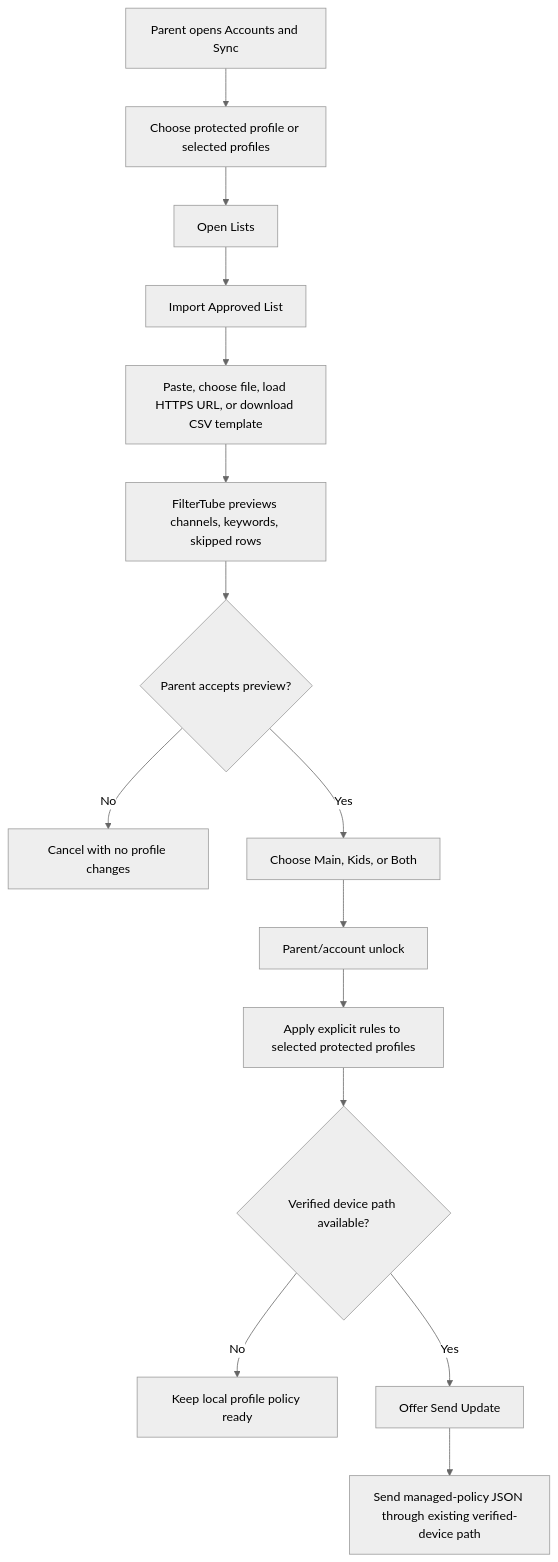
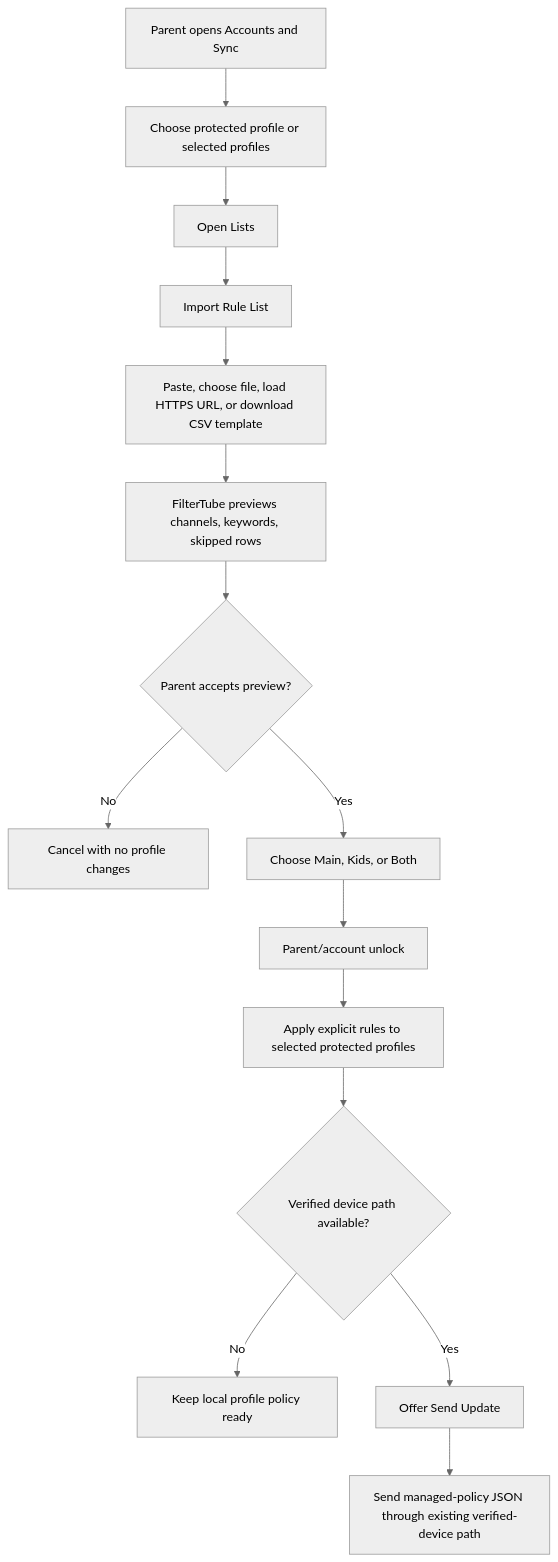
Before and after one commit to varshneydevansh/FilterTube: the first of 3 diagrams in docs/audit/FILTERTUBE_MANAGED_IMPORT_LIST_FORMAT_2026-06-18.md, drawn with Mermaid (neutral theme). The commit also changed other lines of this file and 4 other files, not shown here.

Commit message:
Clarify rule list import UX

````diff
--- a/docs/audit/FILTERTUBE_MANAGED_IMPORT_LIST_FORMAT_2026-06-18.md
+++ b/docs/audit/FILTERTUBE_MANAGED_IMPORT_LIST_FORMAT_2026-06-18.md
@@ -186,17 +188,17 @@
 ```mermaid
 flowchart TD
     A["Parent opens Accounts and Sync"] --> B["Choose protected profile or selected profiles"]
     B --> C["Open Lists"]
-    C --> D["Import Approved List"]
+    C --> D["Import Rule List"]
     D --> E["Paste, choose file, load HTTPS URL, or download CSV template"]
     E --> F["FilterTube previews channels, keywords, skipped rows"]
     F --> G{"Parent accepts preview?"}
     G -- "No" --> H["Cancel with no profile changes"]
     G -- "Yes" --> I["Choose Main, Kids, or Both"]
     I --> J["Parent/account unlock"]
     J --> K["Apply explicit rules to selected protected profiles"]
     K --> L{"Verified device path available?"}
     L -- "No" --> M["Keep local profile policy ready"]
     L -- "Yes" --> N["Offer Send Update"]
     N --> O["Send managed-policy JSON through existing verified-device path"]
 ```
````
